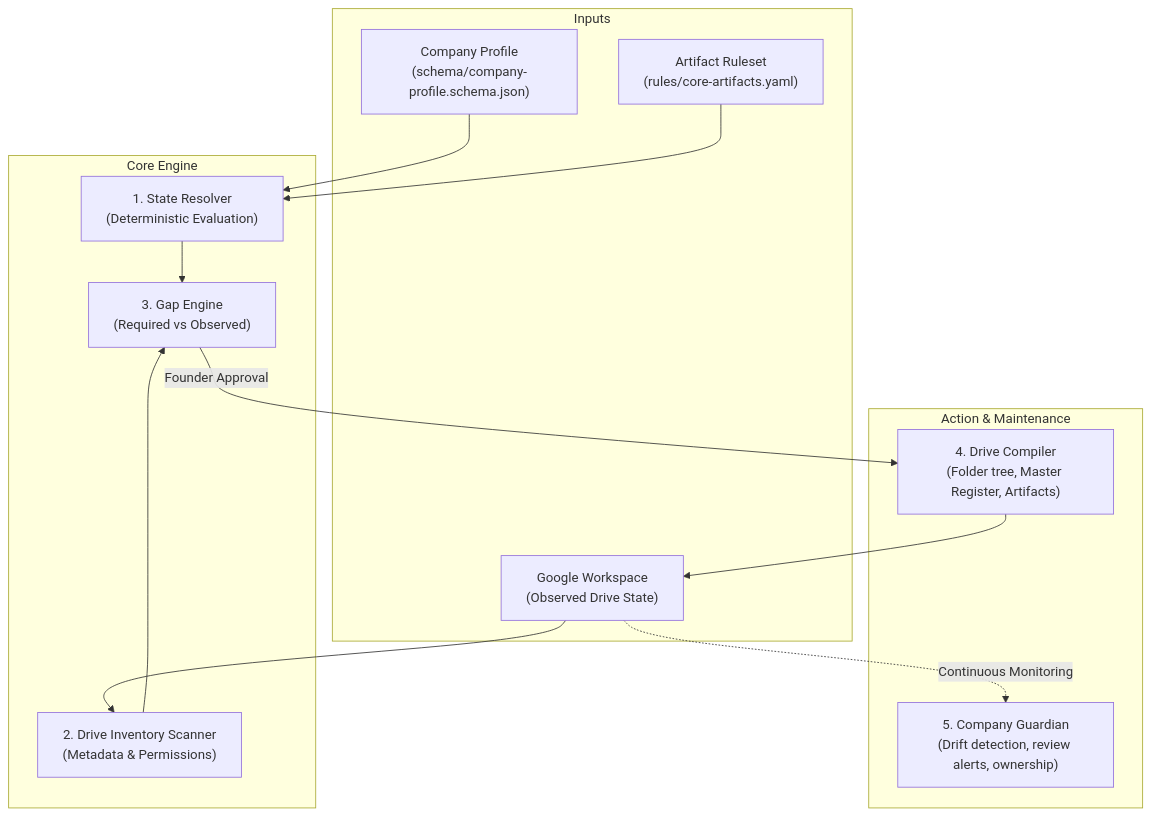
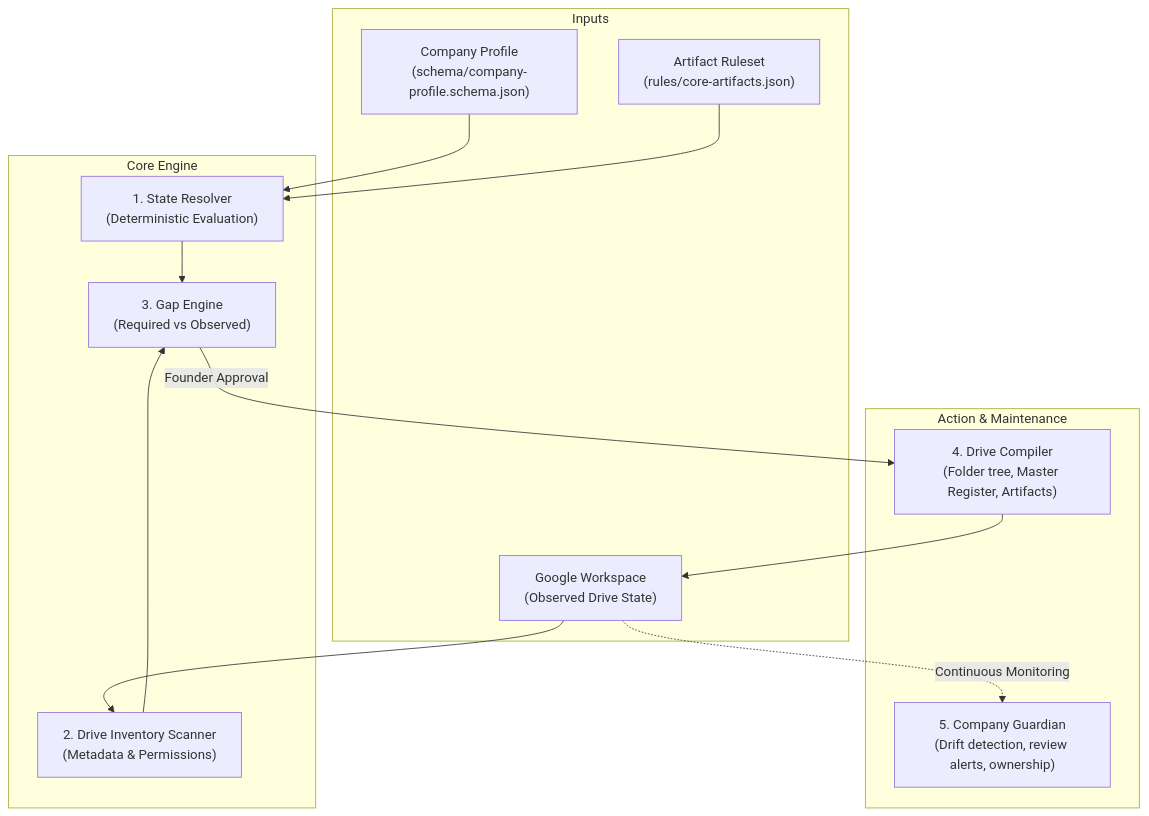
Before and after one commit to creova-gif/opsgraph: the diagram in evidence-room/05-product/architecture-and-backlog.md, drawn with Mermaid. The commit also changed other lines of this file and 20 other files, not shown here.

````diff
--- a/evidence-room/05-product/architecture-and-backlog.md
+++ b/evidence-room/05-product/architecture-and-backlog.md
@@ -10,28 +10,28 @@
 ```mermaid
 flowchart TD
     subgraph Inputs
         CP["Company Profile\n(schema/company-profile.schema.json)"]
-        AR["Artifact Ruleset\n(rules/core-artifacts.yaml)"]
+        AR["Artifact Ruleset\n(rules/core-artifacts.json)"]
         GW["Google Workspace\n(Observed Drive State)"]
     end
 
     subgraph Core Engine
         RE["1. State Resolver\n(Deterministic Evaluation)"]
         INV["2. Drive Inventory Scanner\n(Metadata & Permissions)"]
         GAP["3. Gap Engine\n(Required vs Observed)"]
     end
 
     subgraph Action & Maintenance
         COM["4. Drive Compiler\n(Folder tree, Master Register, Artifacts)"]
         GDN["5. Company Guardian\n(Drift detection, review alerts, ownership)"]
     end
 
     CP --> RE
     AR --> RE
     RE --> GAP
     GW --> INV
     INV --> GAP
     GAP -->|Founder Approval| COM
     COM --> GW
     GW -.->|Continuous Monitoring| GDN
 ```
````
